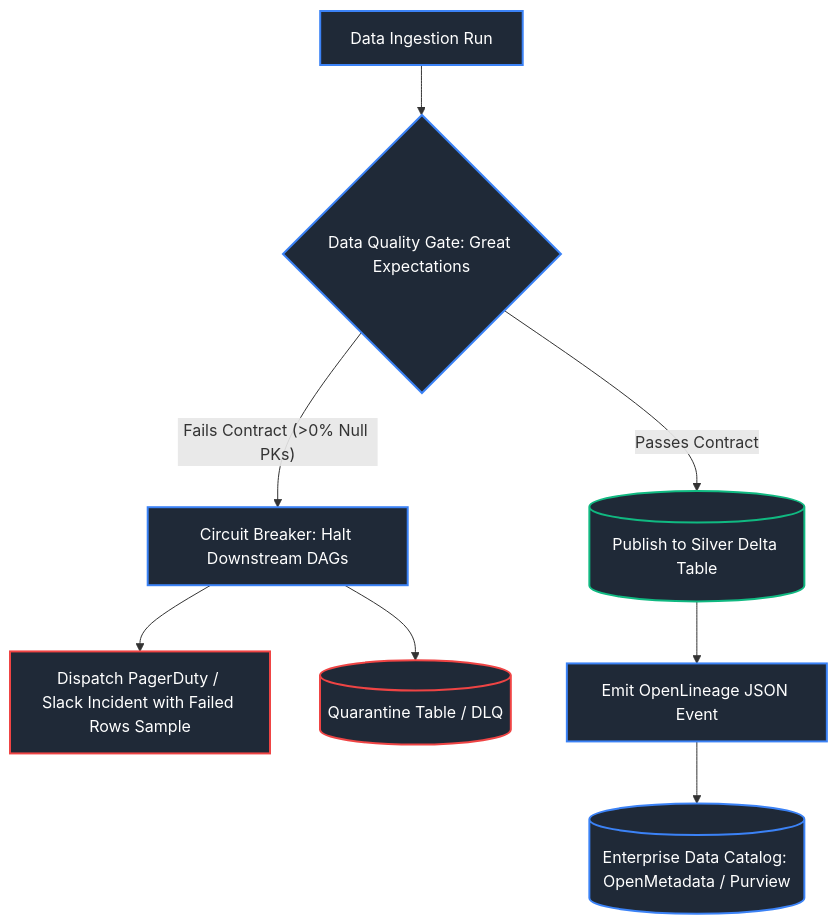
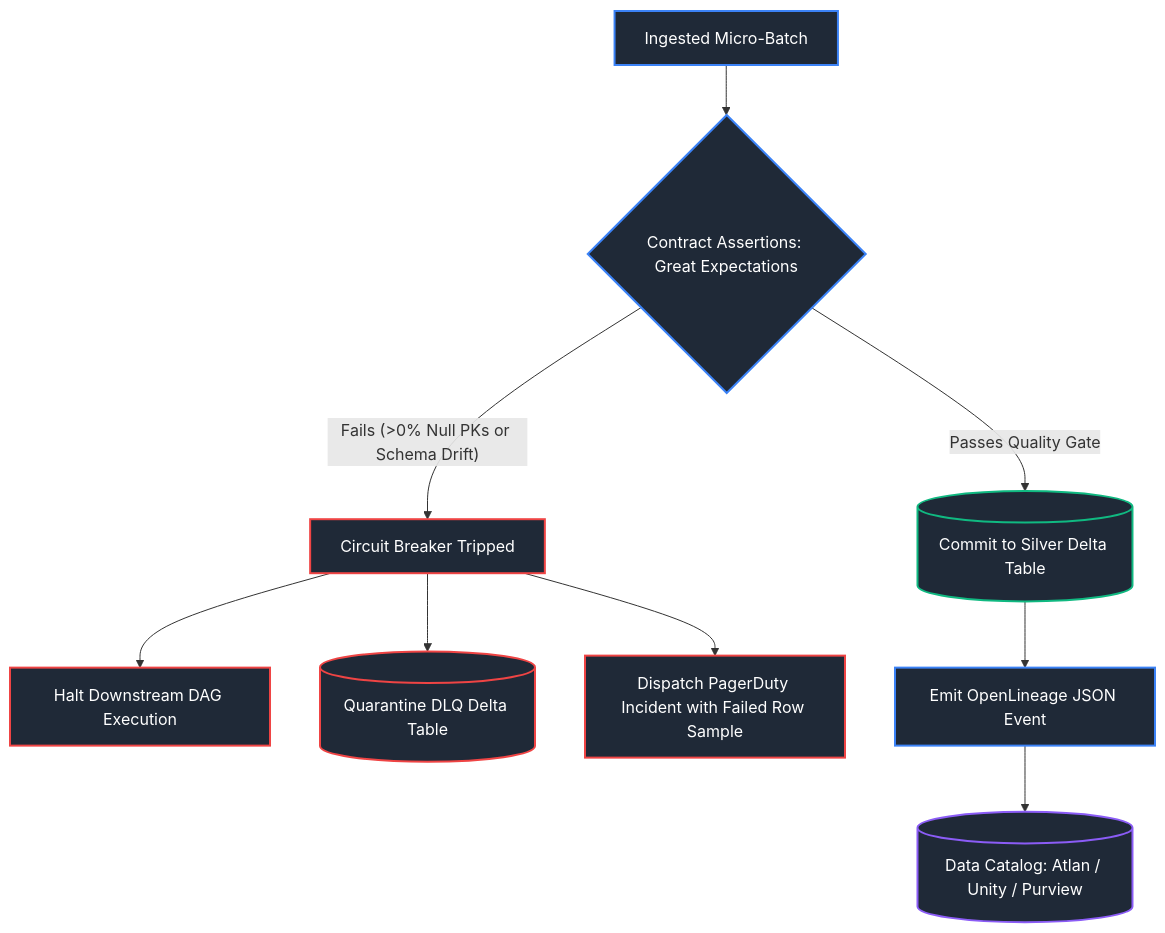
The sixth of 8 diagrams in Data Engineering/15_system_design_for_data_engineering.md (joydeep-biswas/Interview-Preparation), drawn with Mermaid before and after one commit. The commit also changed other lines of this file and 113 other files, not shown here.

````diff
--- a/Data Engineering/15_system_design_for_data_engineering.md
+++ b/Data Engineering/15_system_design_for_data_engineering.md
@@ -243,20 +583,23 @@
 ```mermaid
 flowchart TD
-    DataIngestion[Data Ingestion Run] --> DQGate{Data Quality Gate: Great Expectations}
-    DQGate -- Fails Contract (>0% Null PKs) --> Halt[Circuit Breaker: Halt Downstream DAGs]
-    Halt --> Alert[Dispatch PagerDuty / Slack Incident with Failed Rows Sample]
-    Halt --> Quarantine[(Quarantine Table / DLQ)]
+    IngressBatch[Ingested Micro-Batch] --> ContractGate{Contract Assertions: Great Expectations}
     
-    DQGate -- Passes Contract --> Publish[(Publish to Silver Delta Table)]
-    Publish --> LineageEmitter[Emit OpenLineage JSON Event]
-    LineageEmitter --> Catalog[(Enterprise Data Catalog: OpenMetadata / Purview)]
+    ContractGate -- "Fails (>0% Null PKs or Schema Drift)" --> CircuitBreaker[Circuit Breaker Tripped]
+    CircuitBreaker --> Halt[Halt Downstream DAG Execution]
+    CircuitBreaker --> DLQ[(Quarantine DLQ Delta Table)]
+    CircuitBreaker --> Alert[Dispatch PagerDuty Incident with Failed Row Sample]
 
-    style DataIngestion fill:#1f2937,stroke:#3b82f6,stroke-width:2px,color:#fff
-    style DQGate fill:#1f2937,stroke:#3b82f6,stroke-width:2px,color:#fff
-    style Halt fill:#1f2937,stroke:#3b82f6,stroke-width:2px,color:#fff
+    ContractGate -- "Passes Quality Gate" --> Commit[(Commit to Silver Delta Table)]
+    Commit --> EmitLineage[Emit OpenLineage JSON Event]
+    EmitLineage --> Catalog[(Data Catalog: Atlan / Unity / Purview)]
+
+    style IngressBatch fill:#1f2937,stroke:#3b82f6,stroke-width:2px,color:#fff
+    style ContractGate fill:#1f2937,stroke:#3b82f6,stroke-width:2px,color:#fff
+    style CircuitBreaker fill:#1f2937,stroke:#ef4444,stroke-width:2px,color:#fff
+    style Halt fill:#1f2937,stroke:#ef4444,stroke-width:2px,color:#fff
+    style DLQ fill:#1f2937,stroke:#ef4444,stroke-width:2px,color:#fff
     style Alert fill:#1f2937,stroke:#ef4444,stroke-width:2px,color:#fff
-    style Quarantine fill:#1f2937,stroke:#ef4444,stroke-width:2px,color:#fff
-    style Publish fill:#1f2937,stroke:#10b981,stroke-width:2px,color:#fff
-    style LineageEmitter fill:#1f2937,stroke:#3b82f6,stroke-width:2px,color:#fff
-    style Catalog fill:#1f2937,stroke:#3b82f6,stroke-width:2px,color:#fff
+    style Commit fill:#1f2937,stroke:#10b981,stroke-width:2px,color:#fff
+    style EmitLineage fill:#1f2937,stroke:#3b82f6,stroke-width:2px,color:#fff
+    style Catalog fill:#1f2937,stroke:#8b5cf6,stroke-width:2px,color:#fff
 ```
````
